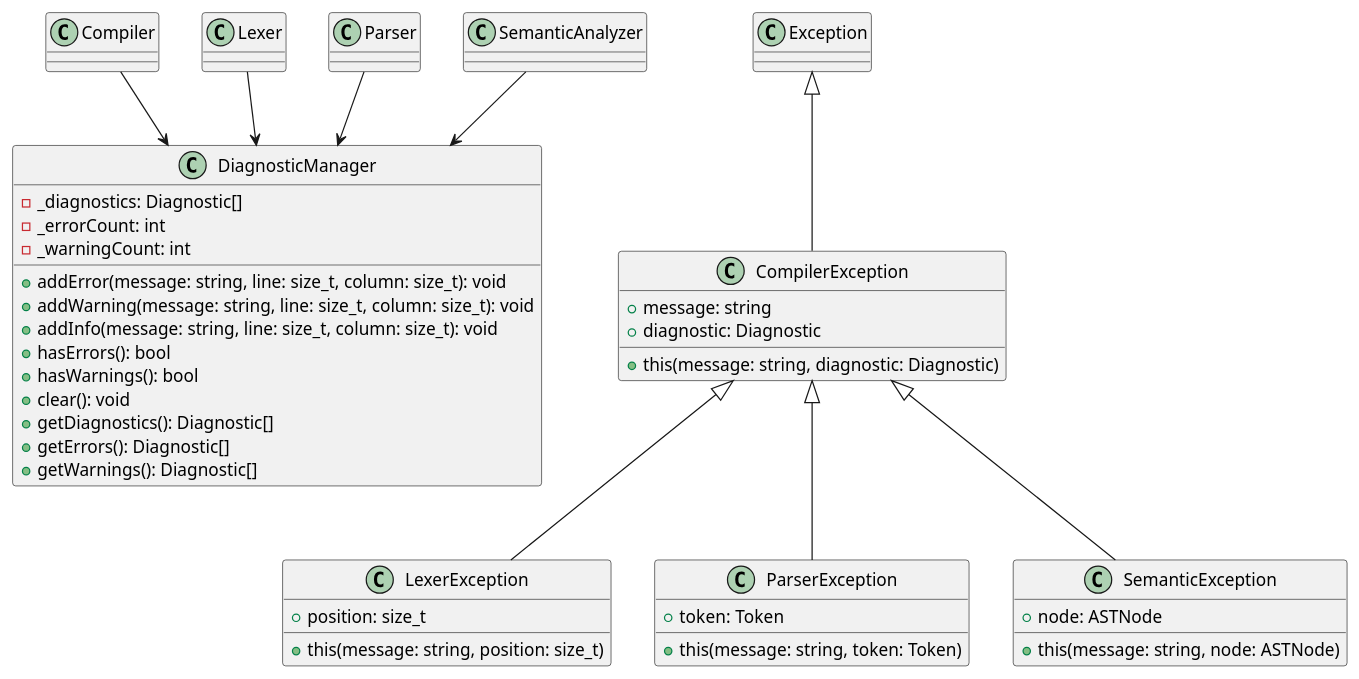
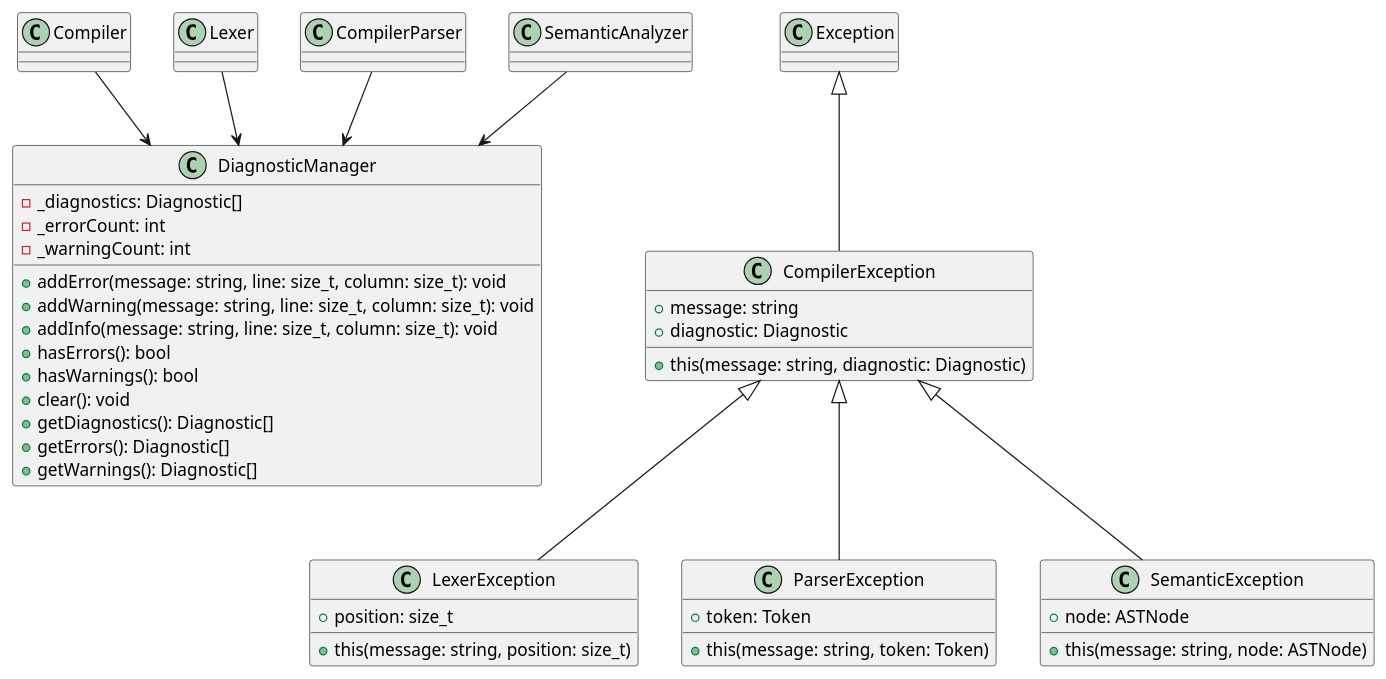
The seventh of 8 diagrams in compilers/UML.md (UIMSolutions/uim-framework), drawn with PlantUML before and after one commit. The commit also changed other lines of this file and 19 other files, not shown here.

Commit message:
feat(compilers): rename Parser to CompilerParser for clarity and update related references

````diff
--- a/compilers/UML.md
+++ b/compilers/UML.md
@@ -603,52 +603,52 @@
 ```plantuml
 @startuml Error_Handling
 
 class DiagnosticManager {
   - _diagnostics: Diagnostic[]
   - _errorCount: int
   - _warningCount: int
   
   + addError(message: string, line: size_t, column: size_t): void
   + addWarning(message: string, line: size_t, column: size_t): void
   + addInfo(message: string, line: size_t, column: size_t): void
   + hasErrors(): bool
   + hasWarnings(): bool
   + clear(): void
   + getDiagnostics(): Diagnostic[]
   + getErrors(): Diagnostic[]
   + getWarnings(): Diagnostic[]
 }
 
 class CompilerException {
   + message: string
   + diagnostic: Diagnostic
   + this(message: string, diagnostic: Diagnostic)
 }
 
 class LexerException {
   + position: size_t
   + this(message: string, position: size_t)
 }
 
 class ParserException {
   + token: Token
   + this(message: string, token: Token)
 }
 
 class SemanticException {
   + node: ASTNode
   + this(message: string, node: ASTNode)
 }
 
 Exception <|-- CompilerException
 CompilerException <|-- LexerException
 CompilerException <|-- ParserException
 CompilerException <|-- SemanticException
 
 Compiler --> DiagnosticManager
 Lexer --> DiagnosticManager
-Parser --> DiagnosticManager
+CompilerParser --> DiagnosticManager
 SemanticAnalyzer --> DiagnosticManager
 
 @enduml
 ```
````
